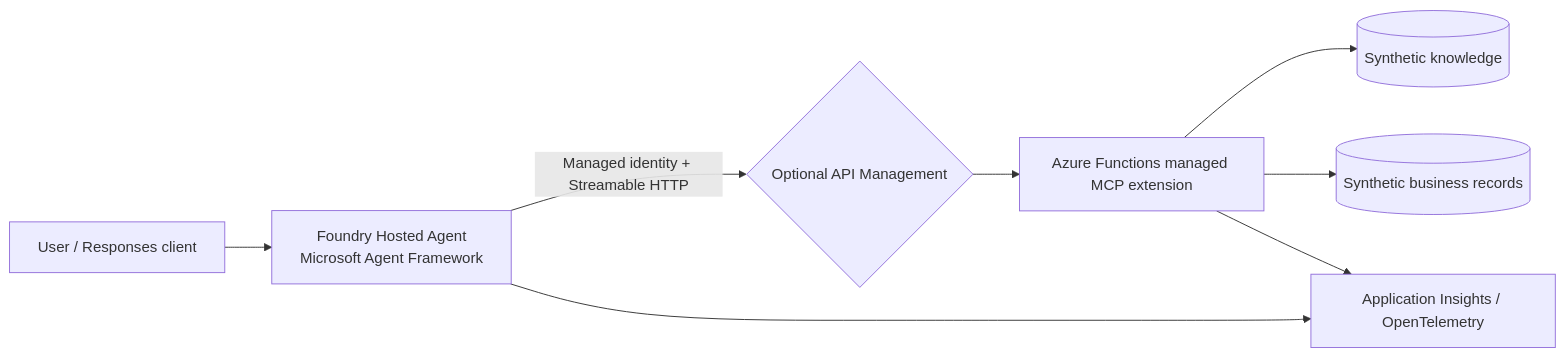
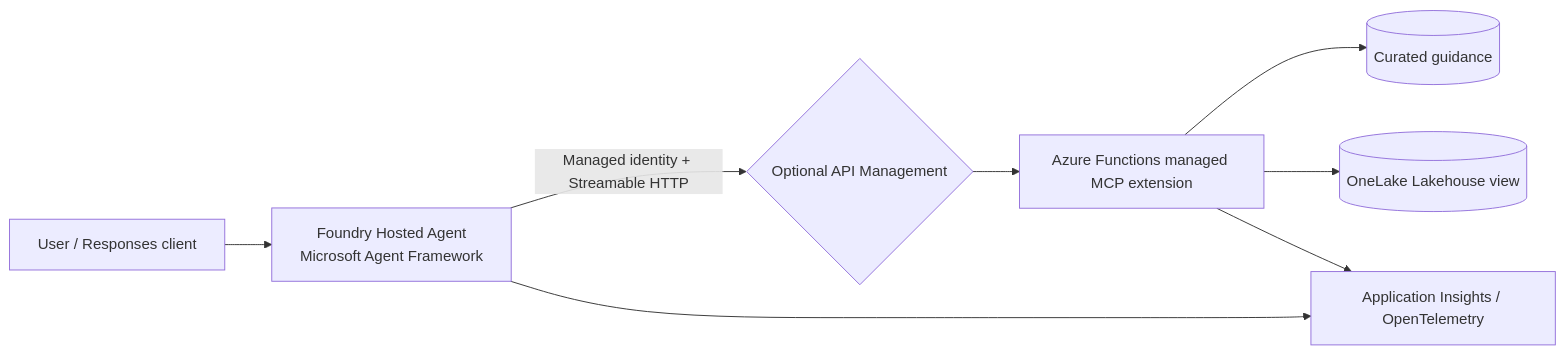
The diagram in README.md (mkabukcu7/foundry-hosted-agent-mcp-demo), drawn with Mermaid before and after one commit. The commit also changed other lines of this file and 11 other files, not shown here.

Commit message:
Connect demo MCP to governed OneLake view

````diff
--- a/README.md
+++ b/README.md
@@ -12,10 +13,10 @@
 ```mermaid
 flowchart LR
   U[User / Responses client] --> A[Foundry Hosted Agent\nMicrosoft Agent Framework]
   A -->|Managed identity + Streamable HTTP| P{Optional API Management}
   P --> M[Azure Functions managed MCP extension]
-  M --> K[(Synthetic knowledge)]
-  M --> B[(Synthetic business records)]
+  M --> K[(Curated guidance)]
+  M --> B[(OneLake Lakehouse view)]
   A --> T[Application Insights / OpenTelemetry]
   M --> T
 ```
````
